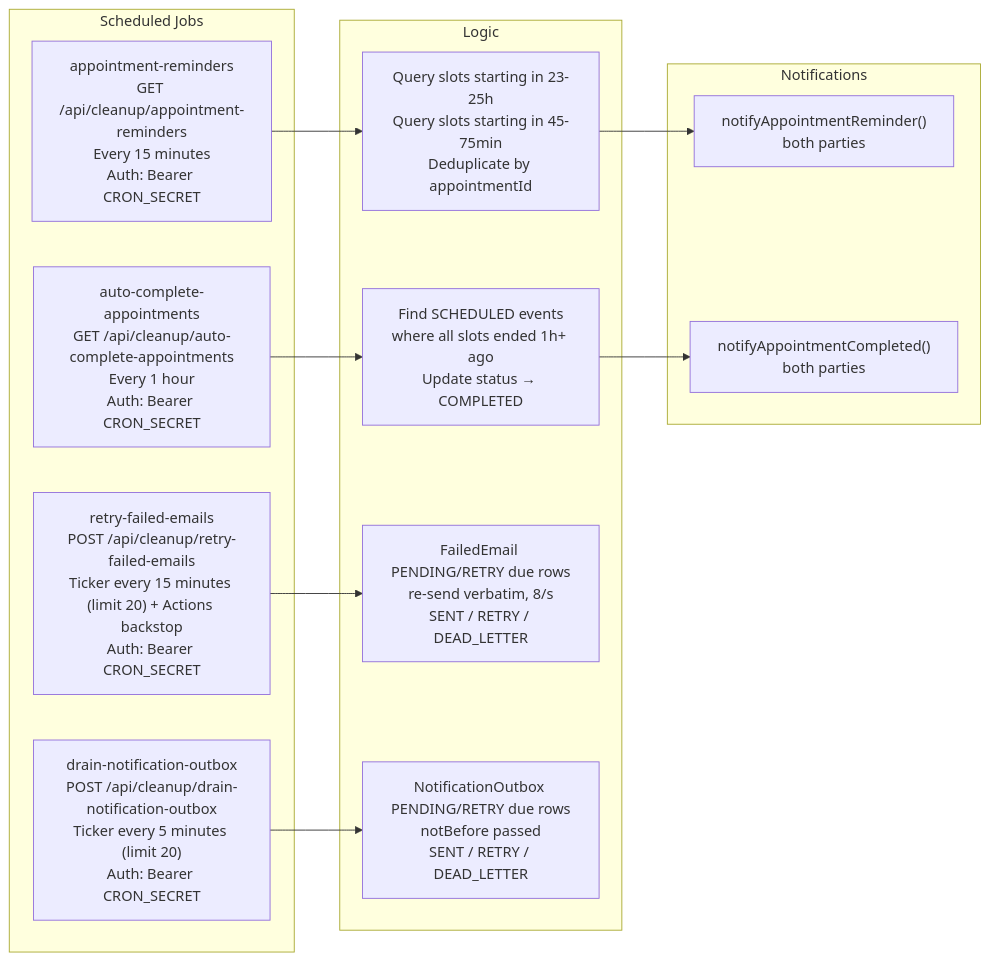
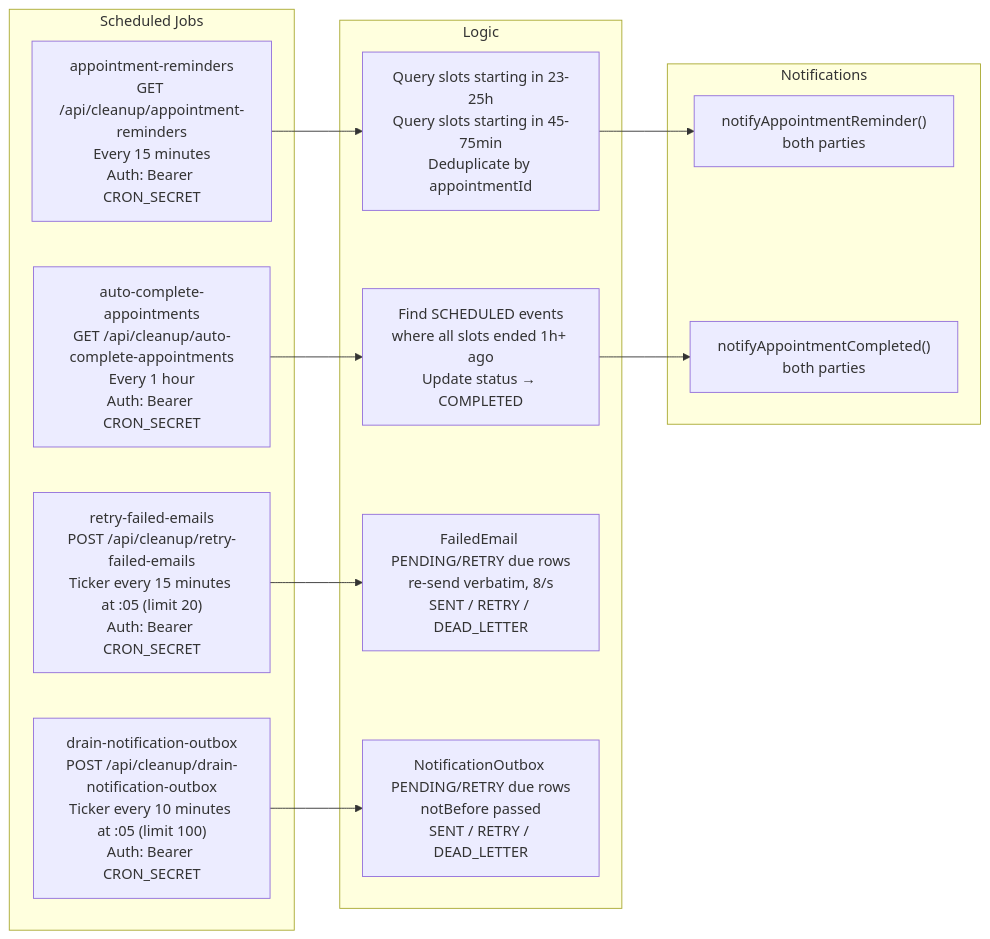
Before and after one commit to Practitionist/familiarise_web: the fifth of 5 diagrams in docs/notifications/04-ecosystem-architecture.md, drawn with Mermaid. The commit also changed 5 other files, not shown here.

````diff
--- a/docs/notifications/04-ecosystem-architecture.md
+++ b/docs/notifications/04-ecosystem-architecture.md
@@ -406,26 +406,26 @@
 ```mermaid
 flowchart LR
     subgraph CRONS["Scheduled Jobs"]
         C1["appointment-reminders\nGET /api/cleanup/appointment-reminders\nEvery 15 minutes\nAuth: Bearer CRON_SECRET"]
         C2["auto-complete-appointments\nGET /api/cleanup/auto-complete-appointments\nEvery 1 hour\nAuth: Bearer CRON_SECRET"]
-        C3["retry-failed-emails\nPOST /api/cleanup/retry-failed-emails\nTicker every 15 minutes (limit 20) + Actions backstop\nAuth: Bearer CRON_SECRET"]
-        C4["drain-notification-outbox\nPOST /api/cleanup/drain-notification-outbox\nTicker every 5 minutes (limit 20)\nAuth: Bearer CRON_SECRET"]
+        C3["retry-failed-emails\nPOST /api/cleanup/retry-failed-emails\nTicker every 15 minutes at :05 (limit 20)\nAuth: Bearer CRON_SECRET"]
+        C4["drain-notification-outbox\nPOST /api/cleanup/drain-notification-outbox\nTicker every 10 minutes at :05 (limit 100)\nAuth: Bearer CRON_SECRET"]
     end
 
     subgraph LOGIC["Logic"]
         L1["Query slots starting in 23-25h\nQuery slots starting in 45-75min\nDeduplicate by appointmentId"]
         L2["Find SCHEDULED events\nwhere all slots ended 1h+ ago\nUpdate status → COMPLETED"]
         L3["FailedEmail PENDING/RETRY due rows\nre-send verbatim, 8/s\nSENT / RETRY / DEAD_LETTER"]
         L4["NotificationOutbox PENDING/RETRY due rows\nnotBefore passed\nSENT / RETRY / DEAD_LETTER"]
     end
 
     subgraph NOTIFY["Notifications"]
         N1["notifyAppointmentReminder()\nboth parties"]
         N2["notifyAppointmentCompleted()\nboth parties"]
     end
 
     C1 --> L1 --> N1
     C2 --> L2 --> N2
     C3 --> L3
     C4 --> L4
 ```
````
